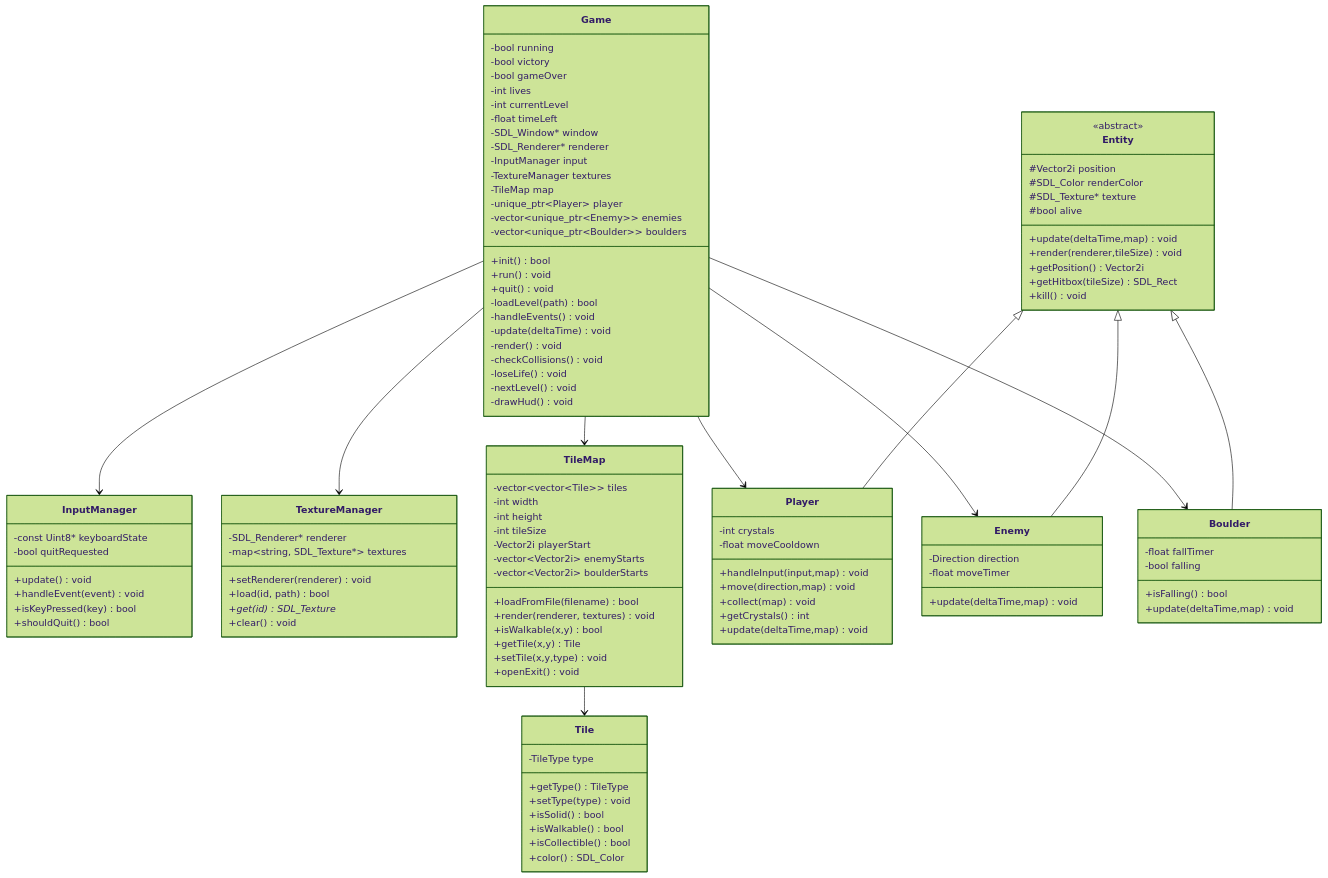
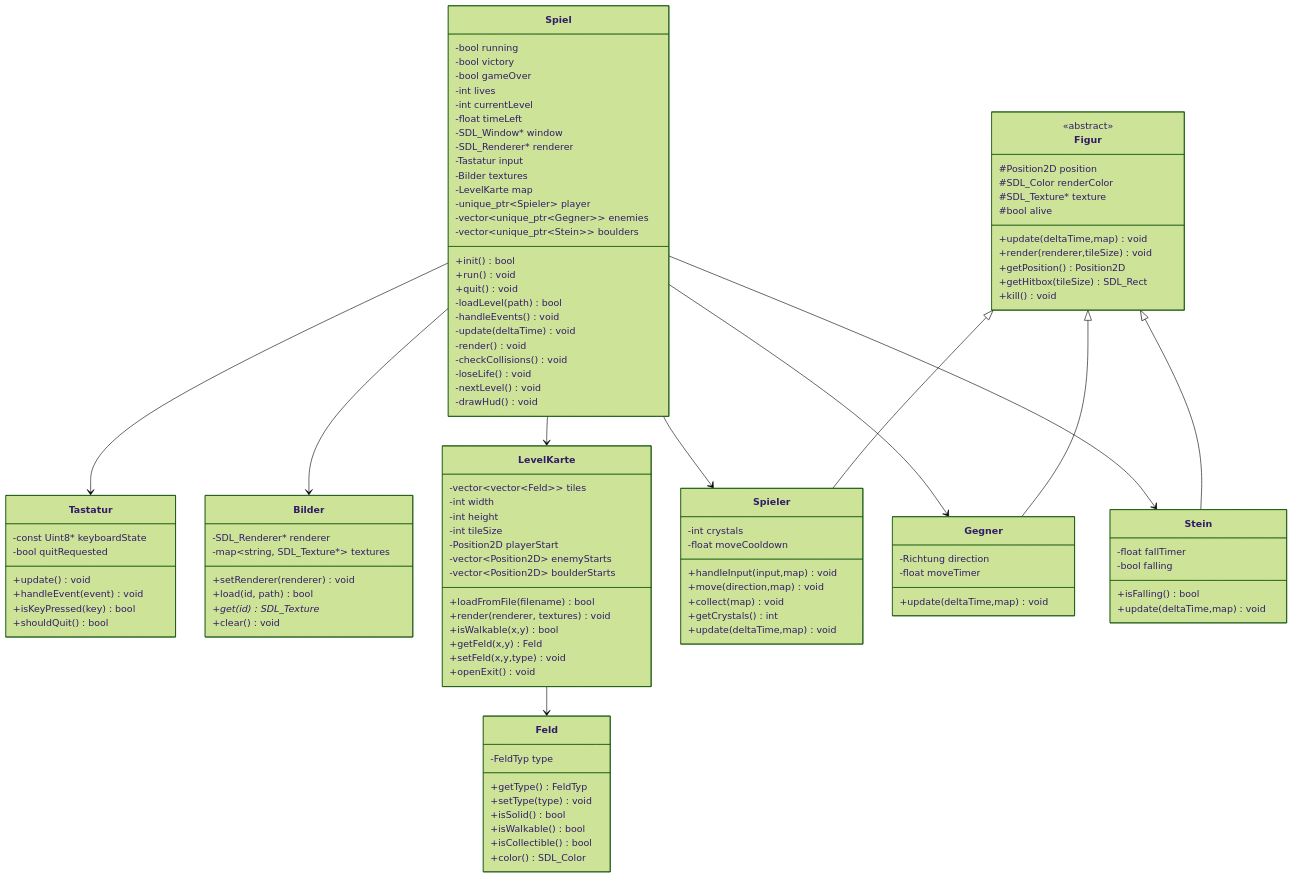
Before and after one commit to Mc-smail/CrystalCaverns: the diagram in docs/Dokumentation_Crystal_Caverns.md, drawn with Mermaid (forest theme). The commit also changed other lines of this file and 31 other files, not shown here.

````diff
--- a/docs/Dokumentation_Crystal_Caverns.md
+++ b/docs/Dokumentation_Crystal_Caverns.md
@@ -141,6 +141,6 @@
 ```mermaid
 classDiagram
-    class Game {
+    class Spiel {
         -bool running
         -bool victory
         -bool gameOver
@@ -149,12 +149,12 @@
         -float timeLeft
         -SDL_Window* window
         -SDL_Renderer* renderer
-        -InputManager input
-        -TextureManager textures
-        -TileMap map
-        -unique_ptr~Player~ player
-        -vector~unique_ptr~Enemy~~ enemies
-        -vector~unique_ptr~Boulder~~ boulders
+        -Tastatur input
+        -Bilder textures
+        -LevelKarte map
+        -unique_ptr~Spieler~ player
+        -vector~unique_ptr~Gegner~~ enemies
+        -vector~unique_ptr~Stein~~ boulders
         +init() bool
         +run() void
         +quit() void
@@ -168,7 +168,7 @@
         -drawHud() void
     }
 
-    class InputManager {
+    class Tastatur {
         -const Uint8* keyboardState
         -bool quitRequested
         +update() void
@@ -177,7 +177,7 @@
         +shouldQuit() bool
     }
 
-    class TextureManager {
+    class Bilder {
         -SDL_Renderer* renderer
         -map~string, SDL_Texture*~ textures
         +setRenderer(renderer) void
@@ -186,25 +186,25 @@
         +clear() void
     }
 
-    class TileMap {
-        -vector~vector~Tile~~ tiles
+    class LevelKarte {
+        -vector~vector~Feld~~ tiles
         -int width
         -int height
         -int tileSize
-        -Vector2i playerStart
-        -vector~Vector2i~ enemyStarts
-        -vector~Vector2i~ boulderStarts
+        -Position2D playerStart
+        -vector~Position2D~ enemyStarts
+        -vector~Position2D~ boulderStarts
         +loadFromFile(filename) bool
         +render(renderer, textures) void
         +isWalkable(x,y) bool
-        +getTile(x,y) Tile
-        +setTile(x,y,type) void
+        +getFeld(x,y) Feld
+        +setFeld(x,y,type) void
         +openExit() void
     }
 
-    class Tile {
-        -TileType type
-        +getType() TileType
+    class Feld {
+        -FeldTyp type
+        +getType() FeldTyp
         +setType(type) void
         +isSolid() bool
         +isWalkable() bool
@@ -212,20 +212,20 @@
         +color() SDL_Color
     }
 
-    class Entity {
+    class Figur {
         <<abstract>>
-        #Vector2i position
+        #Position2D position
         #SDL_Color renderColor
         #SDL_Texture* texture
         #bool alive
         +update(deltaTime,map) void
         +render(renderer,tileSize) void
-        +getPosition() Vector2i
+        +getPosition() Position2D
         +getHitbox(tileSize) SDL_Rect
         +kill() void
     }
 
-    class Player {
+    class Spieler {
         -int crystals
         -float moveCooldown
         +handleInput(input,map) void
@@ -235,27 +235,27 @@
         +update(deltaTime,map) void
     }
 
-    class Enemy {
-        -Direction direction
+    class Gegner {
+        -Richtung direction
         -float moveTimer
         +update(deltaTime,map) void
     }
 
-    class Boulder {
+    class Stein {
         -float fallTimer
         -bool falling
         +isFalling() bool
         +update(deltaTime,map) void
     }
 
-    Game --> InputManager
-    Game --> TextureManager
-    Game --> TileMap
-    Game --> Player
-    Game --> Enemy
-    Game --> Boulder
-    TileMap --> Tile
-    Entity <|-- Player
-    Entity <|-- Enemy
-    Entity <|-- Boulder
+    Spiel --> Tastatur
+    Spiel --> Bilder
+    Spiel --> LevelKarte
+    Spiel --> Spieler
+    Spiel --> Gegner
+    Spiel --> Stein
+    LevelKarte --> Feld
+    Figur <|-- Spieler
+    Figur <|-- Gegner
+    Figur <|-- Stein
 ```
````
